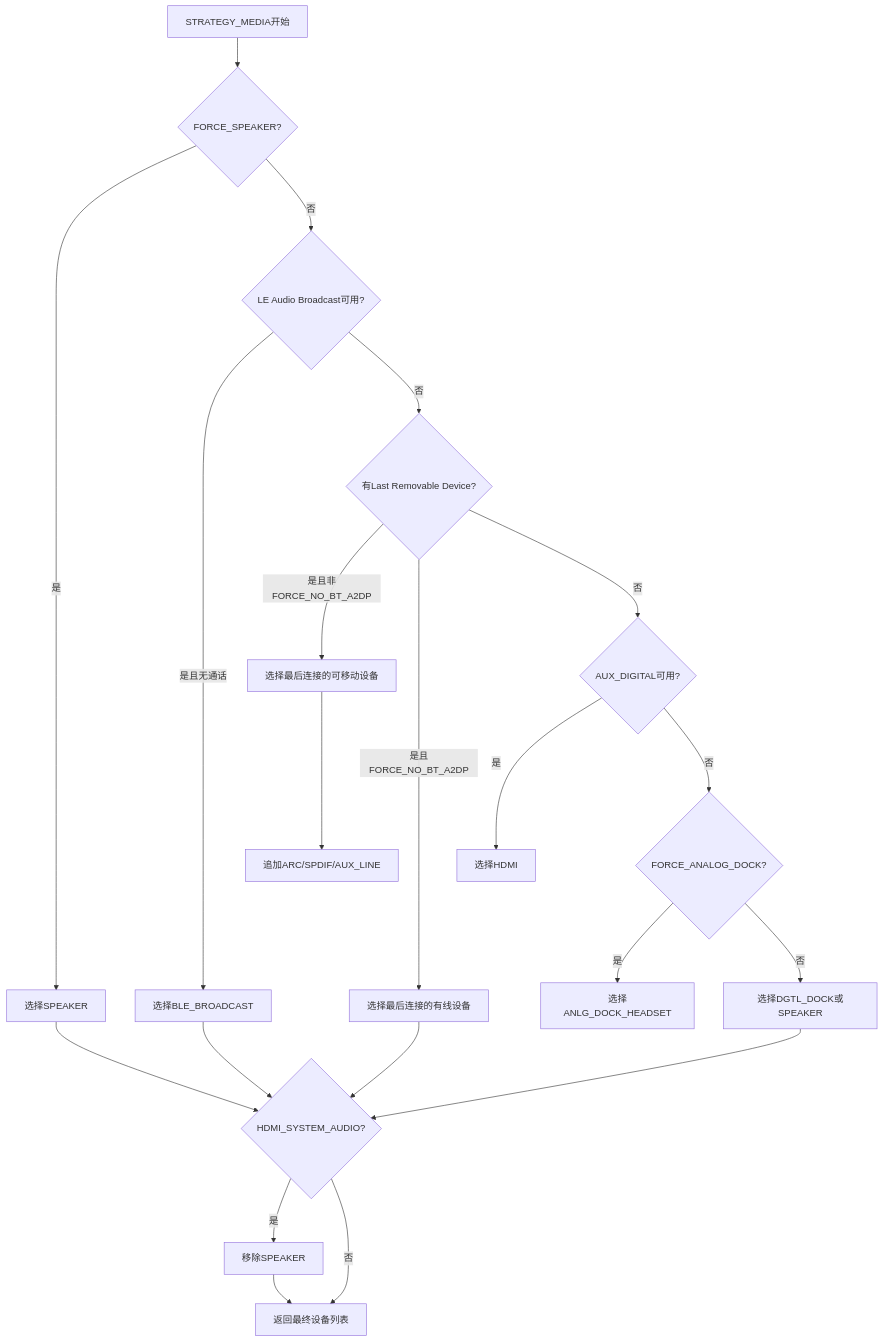
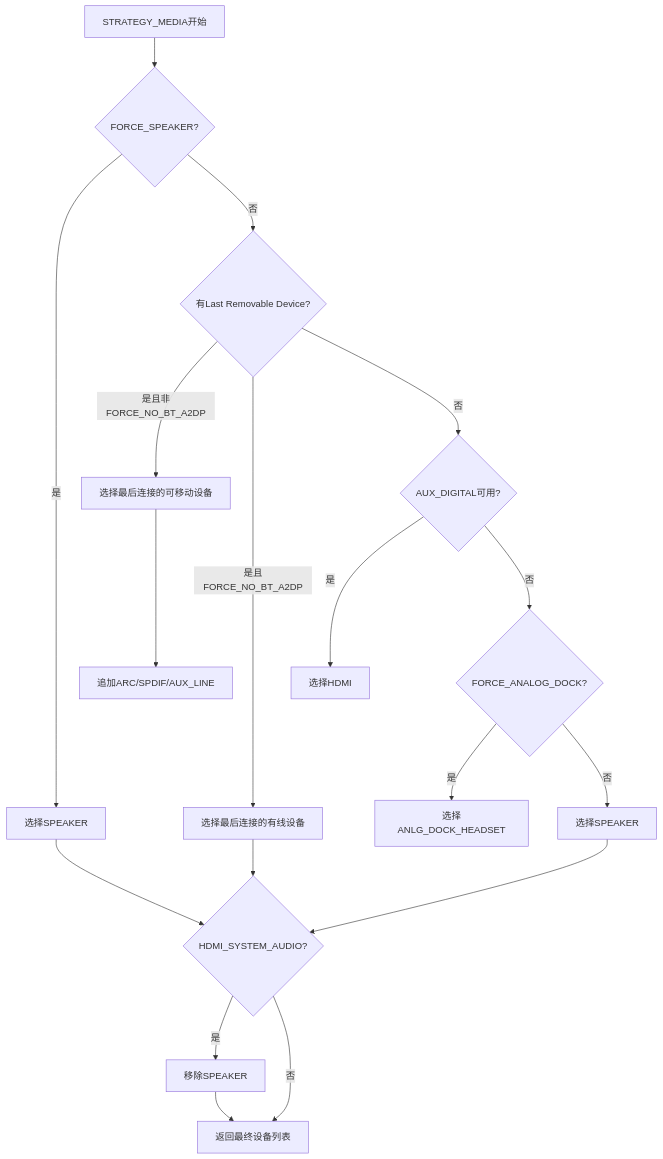
The fourth of 13 diagrams in 06_Audio_Policy_Engine/06_6.4_Device_Routing-设备路由.md (yanglinzhen1022/SA8295_AAOS_QNX_Audio_KnowledgeBase), drawn with Mermaid before and after one commit. The commit also changed other lines of this file and 11 other files, not shown here.

````diff
--- a/06_Audio_Policy_Engine/06_6.4_Device_Routing-设备路由.md
+++ b/06_Audio_Policy_Engine/06_6.4_Device_Routing-设备路由.md
@@ -136,23 +150,20 @@
 ```mermaid
 flowchart TD
     A[STRATEGY_MEDIA开始] --> B{FORCE_SPEAKER?}
     B -->|是| C[选择SPEAKER]
-    B -->|否| D{LE Audio Broadcast可用?}
-    D -->|是且无通话| E[选择BLE_BROADCAST]
-    D -->|否| F{有Last Removable Device?}
+    B -->|否| F{有Last Removable Device?}
     F -->|是且非FORCE_NO_BT_A2DP| G[选择最后连接的可移动设备]
     F -->|是且FORCE_NO_BT_A2DP| H[选择最后连接的有线设备]
     F -->|否| I{AUX_DIGITAL可用?}
     I -->|是| J[选择HDMI]
     I -->|否| K{FORCE_ANALOG_DOCK?}
     K -->|是| L[选择ANLG_DOCK_HEADSET]
-    K -->|否| M[选择DGTL_DOCK或SPEAKER]
+    K -->|否| M[选择SPEAKER]
     G --> N[追加ARC/SPDIF/AUX_LINE]
     C --> O{HDMI_SYSTEM_AUDIO?}
-    E --> O
     H --> O
     M --> O
     O -->|是| P[移除SPEAKER]
     O -->|否| Q[返回最终设备列表]
     P --> Q
 ```
````
